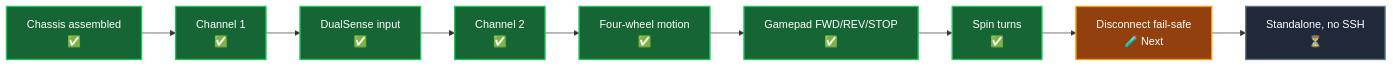
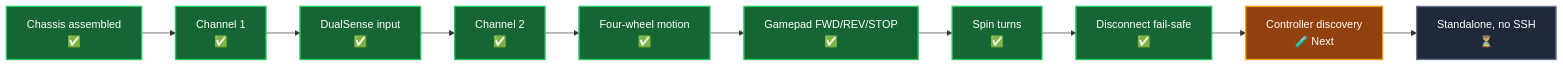
Before and after one commit to AndyChen227/RoverPi: the first of 6 diagrams in README.md, drawn with Mermaid. The commit also changed other lines of this file and 5 other files, not shown here.

````diff
--- a/README.md
+++ b/README.md
@@ -102,18 +102,19 @@
 ```mermaid
 flowchart LR
     A["Chassis assembled<br/>✅"] --> B["Channel 1<br/>✅"]
     B --> C["DualSense input<br/>✅"]
     C --> D["Channel 2<br/>✅"]
     D --> E["Four-wheel motion<br/>✅"]
     E --> F["Gamepad FWD/REV/STOP<br/>✅"]
     F --> G["Spin turns<br/>✅"]
-    G --> H["Disconnect fail-safe<br/>🧪 Next"]
-    H --> I["Standalone, no SSH<br/>⏳"]
+    G --> H["Disconnect fail-safe<br/>✅"]
+    H --> I["Controller discovery<br/>🧪 Next"]
+    I --> J["Standalone, no SSH<br/>⏳"]
 
     classDef done fill:#166534,color:#fff,stroke:#22c55e,stroke-width:2px;
     classDef next fill:#92400e,color:#fff,stroke:#f59e0b,stroke-width:2px;
     classDef pending fill:#1f2937,color:#fff,stroke:#64748b,stroke-width:2px;
-    class A,B,C,D,E,F,G done;
-    class H next;
-    class I pending;
+    class A,B,C,D,E,F,G,H done;
+    class I next;
+    class J pending;
 ```
````
